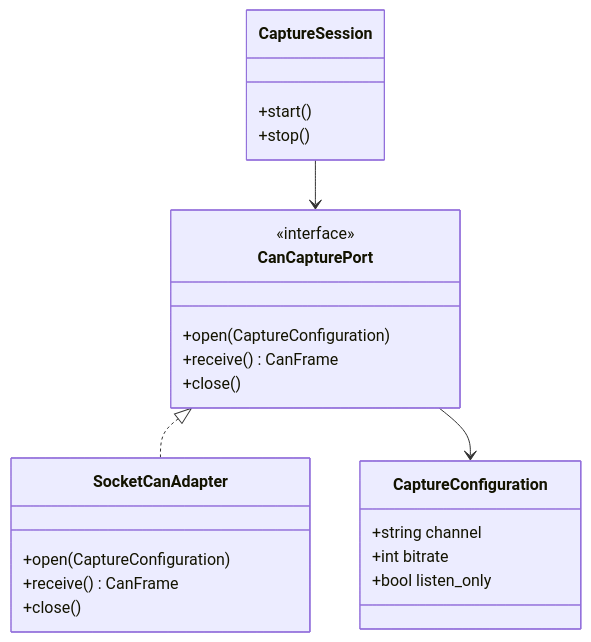
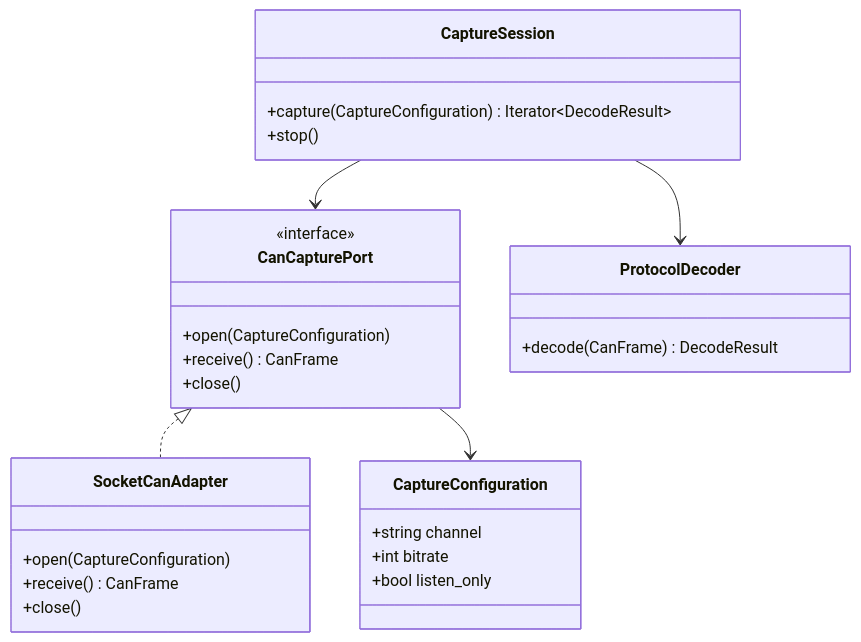
One commit to benoit-bremaud/can-sniffer changed the diagram in docs/architecture/diagrams/can-capture/04-class.md. Above: the diagram before and after it, drawn with Mermaid. The commit also changed 3 other files, not shown here.

````diff
--- a/docs/architecture/diagrams/can-capture/04-class.md
+++ b/docs/architecture/diagrams/can-capture/04-class.md
@@ -9,26 +9,30 @@
 ```mermaid
 classDiagram
     class CaptureConfiguration {
         +string channel
         +int bitrate
         +bool listen_only
     }
     class CanCapturePort {
         <<interface>>
         +open(CaptureConfiguration)
         +receive() CanFrame
         +close()
     }
     class SocketCanAdapter {
         +open(CaptureConfiguration)
         +receive() CanFrame
         +close()
     }
     class CaptureSession {
-        +start()
+        +capture(CaptureConfiguration) Iterator~DecodeResult~
         +stop()
+    }
+    class ProtocolDecoder {
+        +decode(CanFrame) DecodeResult
     }
     CanCapturePort <|.. SocketCanAdapter
     CaptureSession --> CanCapturePort
+    CaptureSession --> ProtocolDecoder
     CanCapturePort --> CaptureConfiguration
 ```
````
